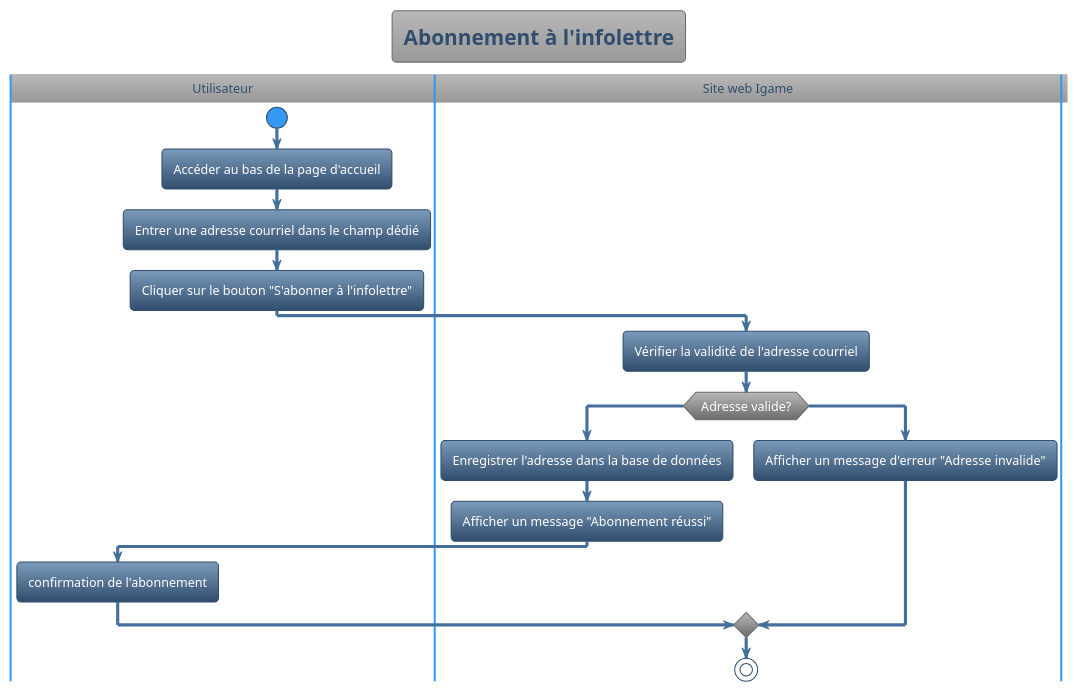
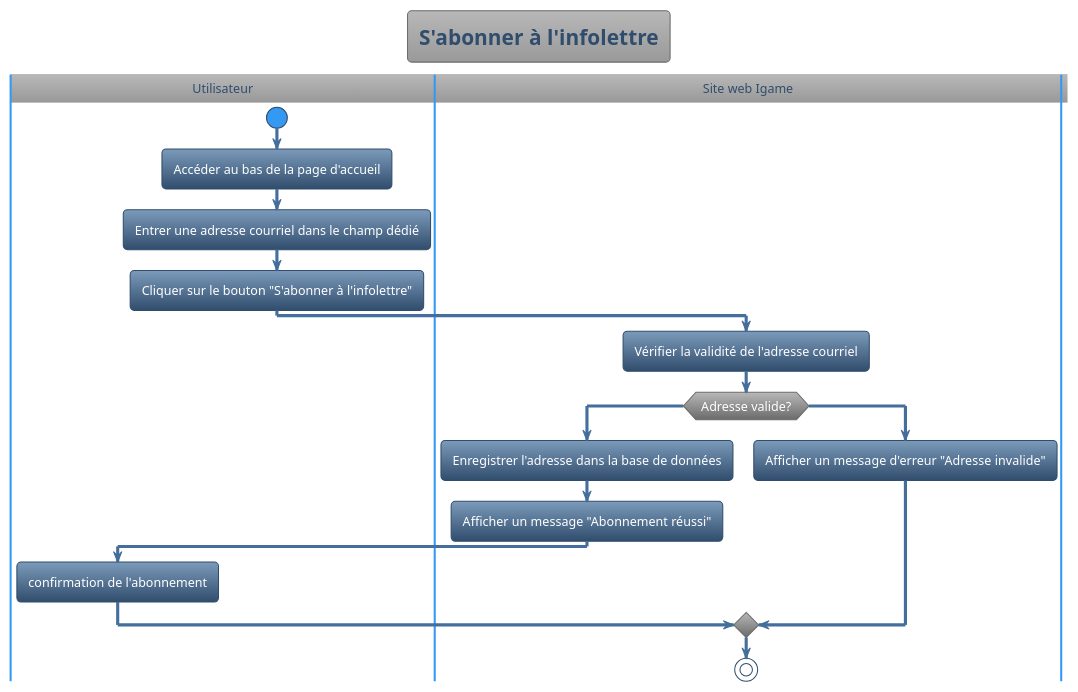
The diagram in CU6_abbonnement.puml (Jacob-Cossette/GTI510), drawn with PlantUML before and after one commit. The commit also changed 22 other files, not shown here.

```diff
--- a/CU6_abbonnement.puml
+++ b/CU6_abbonnement.puml
@@ -1,21 +1,21 @@
 @startuml
 !theme spacelab
-title Abonnement à l'infolettre
+title S'abonner à l'infolettre
 |Utilisateur|
 start
 :Accéder au bas de la page d'accueil;
 :Entrer une adresse courriel dans le champ dédié;
 :Cliquer sur le bouton "S'abonner à l'infolettre";
 |Site web Igame|
 :Vérifier la validité de l'adresse courriel;
 if (Adresse valide?) then (Oui)
   :Enregistrer l'adresse dans la base de données;
   :Afficher un message "Abonnement réussi";
   |Utilisateur|
   :confirmation de l'abonnement;
   |Site web Igame|
 else (Non)
   :Afficher un message d'erreur "Adresse invalide";
 endif
 stop
 @enduml
```
